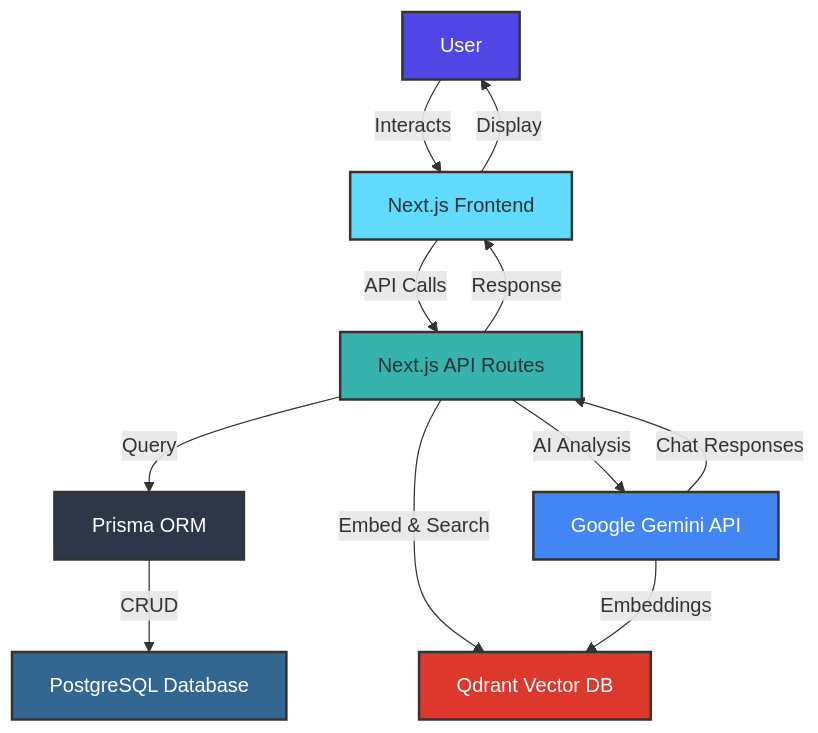
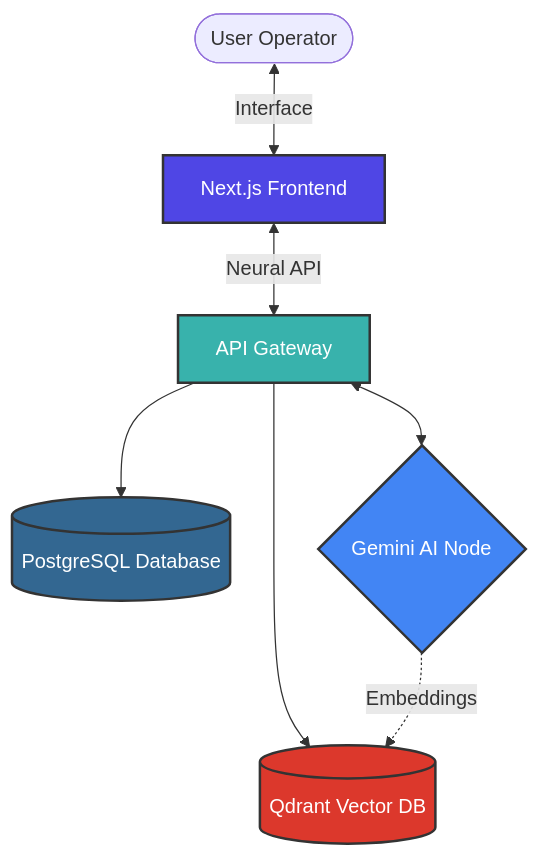
Before and after one commit to YASAR300/SKUWise: the first of 3 diagrams in README.md, drawn with Mermaid. The commit also changed other lines of this file, not shown here.

Commit message:
Fix Mermaid diagram rendering in README by switching to flowchart syntax

````diff
--- a/README.md
+++ b/README.md
@@ -172,21 +172,15 @@
 ```mermaid
-graph TB
-    A[User] -->|Interacts| B[Next.js Frontend]
-    B -->|API Calls| C[Next.js API Routes]
-    C -->|Query| D[Prisma ORM]
-    D -->|CRUD| E[PostgreSQL Database]
-    C -->|Embed & Search| F[Qdrant Vector DB]
-    C -->|AI Analysis| G[Google Gemini API]
-    G -->|Embeddings| F
-    G -->|Chat Responses| C
-    C -->|Response| B
-    B -->|Display| A
-    
-    style A fill:#4F46E5,stroke:#333,stroke-width:2px,color:#fff
-    style B fill:#61DAFB,stroke:#333,stroke-width:2px
-    style C fill:#38B2AC,stroke:#333,stroke-width:2px
-    style D fill:#2D3748,stroke:#333,stroke-width:2px,color:#fff
-    style E fill:#336791,stroke:#333,stroke-width:2px,color:#fff
-    style F fill:#DC382C,stroke:#333,stroke-width:2px,color:#fff
-    style G fill:#4285F4,stroke:#333,stroke-width:2px,color:#fff
+flowchart TD
+    User([User Operator]) <-->|Interface| FE[Next.js Frontend]
+    FE <-->|Neural API| BE[API Gateway]
+    BE --> DB[(PostgreSQL Database)]
+    BE --> VDB[(Qdrant Vector DB)]
+    BE <--> AI{Gemini AI Node}
+    AI -.->|Embeddings| VDB
+
+    style FE fill:#4F46E5,stroke:#333,stroke-width:2px,color:#fff
+    style BE fill:#38B2AC,stroke:#333,stroke-width:2px,color:#fff
+    style DB fill:#336791,stroke:#333,stroke-width:2px,color:#fff
+    style VDB fill:#DC382C,stroke:#333,stroke-width:2px,color:#fff
+    style AI fill:#4285F4,stroke:#333,stroke-width:2px,color:#fff
 ```
````
